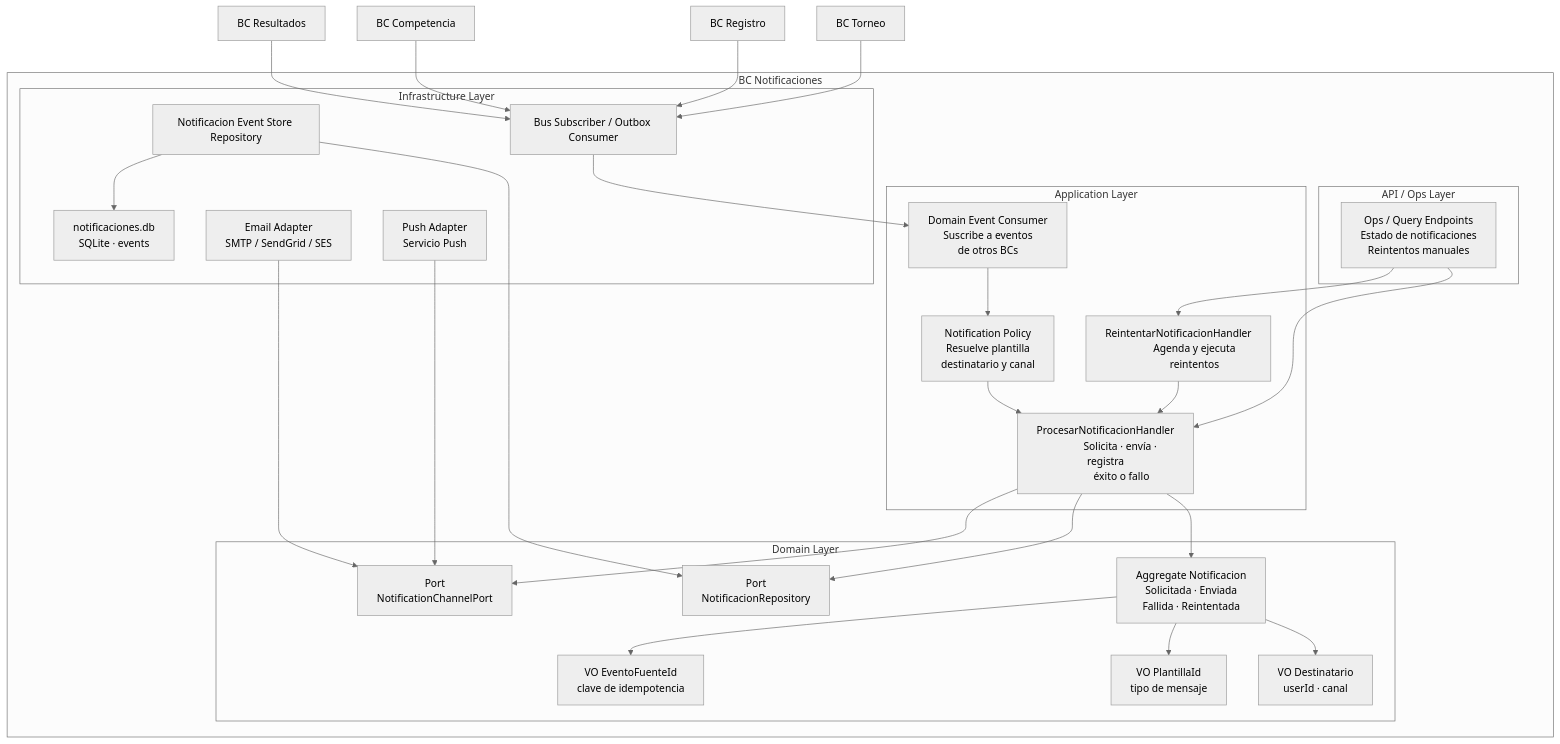
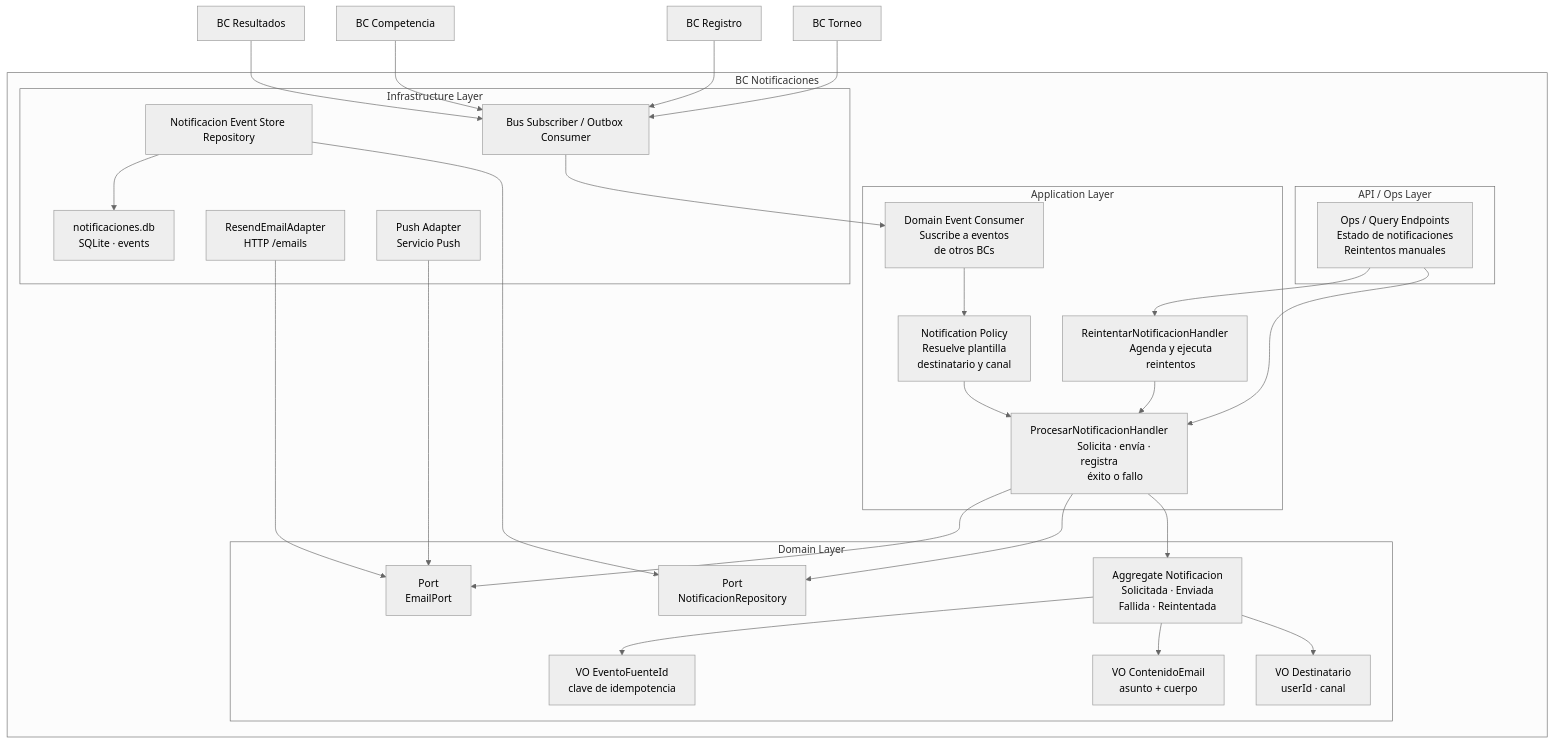
One commit to vvalotto/ataraxiadive changed the diagram in docs/architecture/15-bc-notificaciones.md. Above: the diagram before and after it, drawn with Mermaid (neutral theme). The commit also changed other lines of this file and 16 other files, not shown here.

Commit message:
feat(notificaciones): implement US-4.5.2 email adapter

````diff
--- a/docs/architecture/15-bc-notificaciones.md
+++ b/docs/architecture/15-bc-notificaciones.md
@@ -125,8 +128,8 @@
             destinatario_vo["VO Destinatario
             userId · canal"]
 
-            plantilla_vo["VO PlantillaId
-            tipo de mensaje"]
+            contenido_vo["VO ContenidoEmail
+            asunto + cuerpo"]
 
             evento_fuente_vo["VO EventoFuenteId
             clave de idempotencia"]
@@ -135,7 +138,7 @@
             NotificacionRepository"]
 
             channel_port["Port
-            NotificationChannelPort"]
+            EmailPort"]
         end
 
         subgraph infrastructure["Infrastructure Layer"]
@@ -143,8 +146,8 @@
             notif_db["notificaciones.db
             SQLite · events"]
             bus_sub["Bus Subscriber / Outbox Consumer"]
-            email_adapter["Email Adapter
-            SMTP / SendGrid / SES"]
+            email_adapter["ResendEmailAdapter
+            HTTP /emails"]
             push_adapter["Push Adapter
             Servicio Push"]
         end
@@ -179,6 +182,6 @@
     push_adapter --> channel_port
 
     notif_agg --> destinatario_vo
-    notif_agg --> plantilla_vo
+    notif_agg --> contenido_vo
     notif_agg --> evento_fuente_vo
 ```
````
